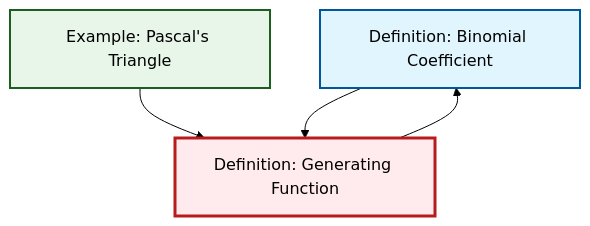
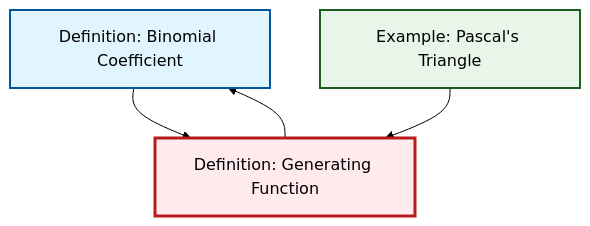
The diagram in content/en/combinatorics/def-generating-function.qmd (RK0429/ModernMath), drawn with Mermaid (forest theme) before and after one commit. The commit also changed other lines of this file and 634 other files, not shown here.

````diff
--- a/content/en/combinatorics/def-generating-function.qmd
+++ b/content/en/combinatorics/def-generating-function.qmd
@@ -98,18 +98,18 @@
 ```{mermaid}
 %%| fig-cap: "Local dependency graph"
 graph TD
     classDef definition fill:#e1f5fe,stroke:#01579b,stroke-width:2px
     classDef theorem fill:#f3e5f5,stroke:#4a148c,stroke-width:2px
     classDef axiom fill:#fff3e0,stroke:#e65100,stroke-width:2px
     classDef example fill:#e8f5e9,stroke:#1b5e20,stroke-width:2px
     classDef current fill:#ffebee,stroke:#b71c1c,stroke-width:3px
     def-binomial-coefficient["Definition: Binomial Coefficient"]:::definition
+    ex-pascals-triangle["Example: Pascal's Triangle"]:::example
     def-generating-function["Definition: Generating Function"]:::definition
-    ex-pascals-triangle["Example: Pascal's Triangle"]:::example
+    def-binomial-coefficient --> def-generating-function
+    ex-pascals-triangle --> def-generating-function
     def-generating-function --> def-binomial-coefficient
-    ex-pascals-triangle --> def-generating-function
-    def-binomial-coefficient --> def-generating-function
     class def-generating-function current
     click def-binomial-coefficient "def-binomial-coefficient.html" "Go to Binomial Coefficient definition"
     click ex-pascals-triangle "ex-pascals-triangle.html" "Go to Pascal's Triangle example"
 ```
````
